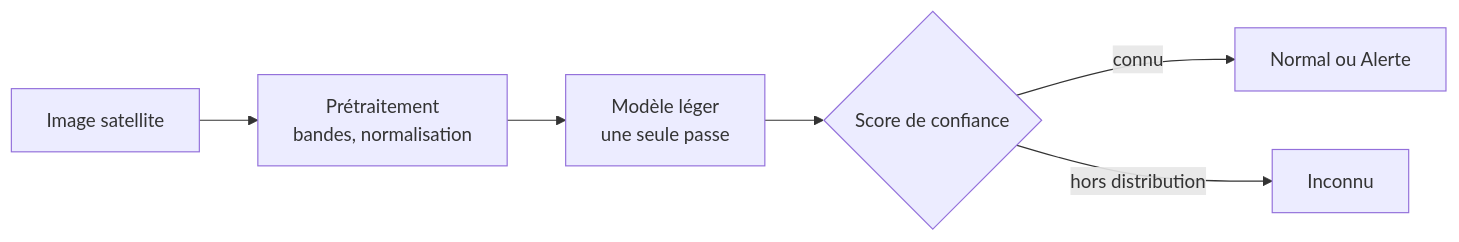
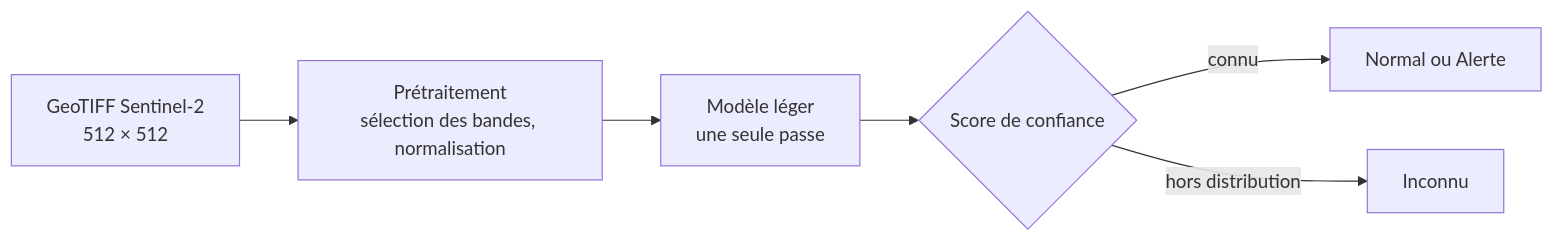
The diagram in docs/method.md (elfried96/onelook-alert_Elf), drawn with Mermaid before and after one commit. The commit also changed 4 other files, not shown here.

First line of the commit message:
Cadrage validé avec le mentor : Sentinel-2, GeoTIFF 512×512, inondations

````diff
--- a/docs/method.md
+++ b/docs/method.md
@@ -7,8 +7,8 @@
 ```mermaid
 flowchart LR
-  A[Image satellite] --> B[Prétraitement<br/>bandes, normalisation]
+  A[GeoTIFF Sentinel-2<br/>512 × 512] --> B[Prétraitement<br/>sélection des bandes, normalisation]
   B --> C[Modèle léger<br/>une seule passe]
   C --> D{Score de confiance}
   D -->|connu| E[Normal ou Alerte]
   D -->|hors distribution| F[Inconnu]
 ```
````
